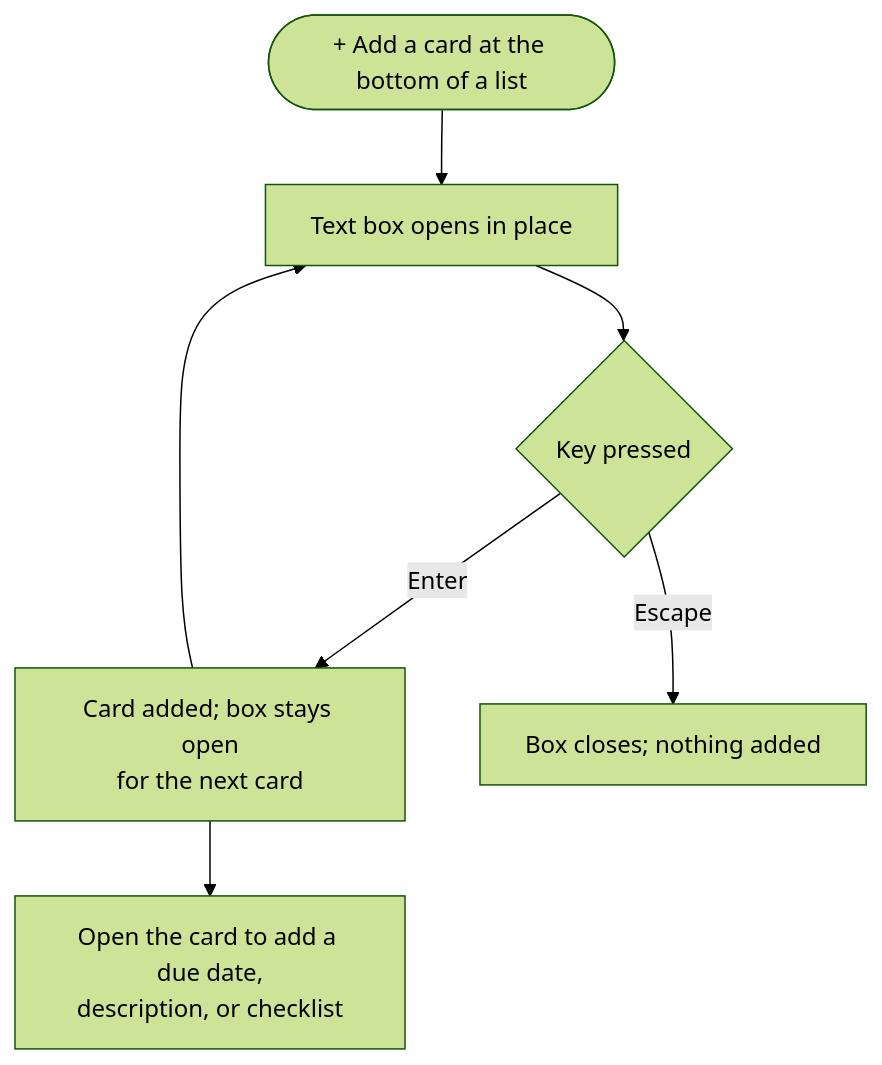
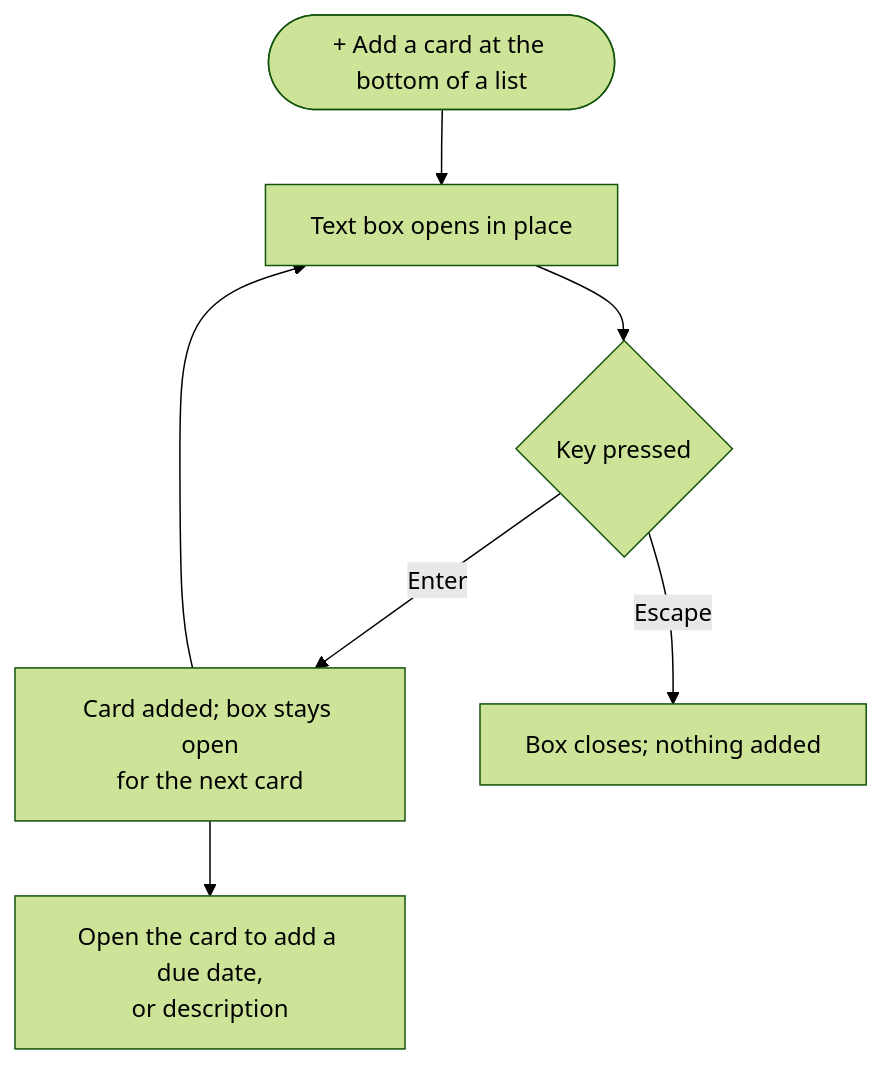
Before and after one commit to bbranton/TestProj: the ninth of 9 diagrams in docs/canvas-portal/04-wireframes-workflows.md, drawn with Mermaid (forest theme). The commit also changed other lines of this file and 4 other files, not shown here.

````diff
--- a/docs/canvas-portal/04-wireframes-workflows.md
+++ b/docs/canvas-portal/04-wireframes-workflows.md
@@ -462,9 +453,9 @@
 ```mermaid
 flowchart TD
     A([+ Add a card at the bottom of a list]) --> B[Text box opens in place]
     B --> C{Key pressed}
     C -- Enter --> D[Card added; box stays open<br/>for the next card]
     D --> B
     C -- Escape --> E[Box closes; nothing added]
-    D --> F[Open the card to add a due date,<br/>description, or checklist]
+    D --> F[Open the card to add a due date,<br/>or description]
 ```
````
